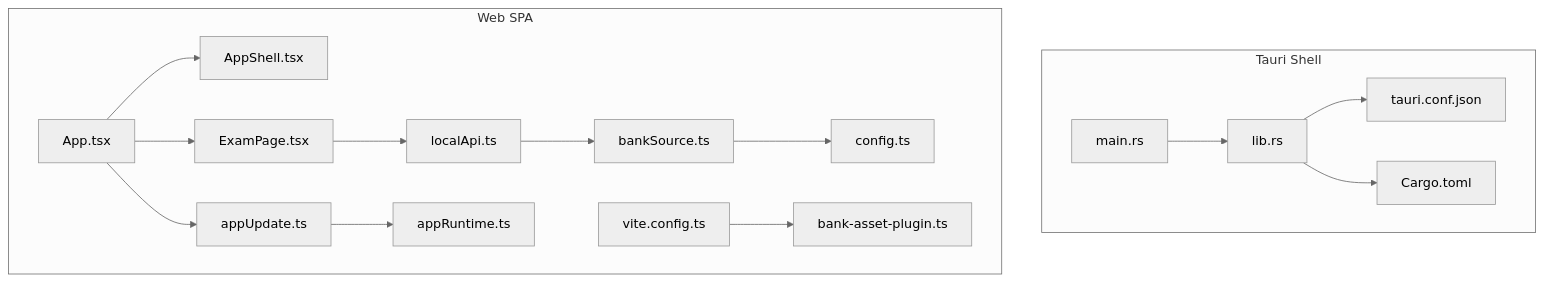
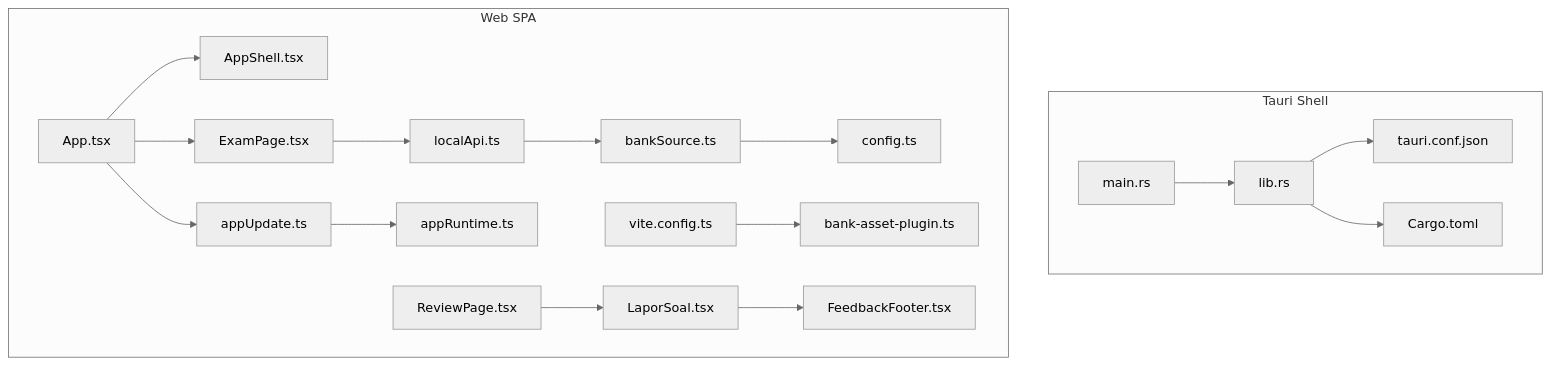
One commit to muhammadhabibullah/tbs-lpdp changed the first of 8 diagrams in .qoder/repowiki/en/content/Architecture Overview/Offline App Architecture/Offline App Architecture.md. Above: the diagram before and after it, drawn with Mermaid (neutral theme). The commit also changed other lines of this file and 88 other files, not shown here.

````diff
--- a/.qoder/repowiki/en/content/Architecture Overview/Offline App Architecture/Offline App Architecture.md
+++ b/.qoder/repowiki/en/content/Architecture Overview/Offline App Architecture/Offline App Architecture.md
@@ -43,32 +56,37 @@
 ```mermaid
 graph TB
 subgraph "Tauri Shell"
 RUST_MAIN["main.rs"]
 RUST_LIB["lib.rs"]
 TAURI_CONF["tauri.conf.json"]
 CARGO["Cargo.toml"]
 end
 subgraph "Web SPA"
 APP_TSX["App.tsx"]
 EXAM_PAGE["ExamPage.tsx"]
 APP_SHELL["AppShell.tsx"]
 BANK_SRC["bankSource.ts"]
 LOCAL_API["localApi.ts"]
 UPDATE["appUpdate.ts"]
 RUNTIME["appRuntime.ts"]
 CONFIG["config.ts"]
 VITE_CFG["vite.config.ts"]
 BANK_PLUGIN["bank-asset-plugin.ts"]
+LAPOR_SOAL["LaporSoal.tsx"]
+REVIEW_PAGE["ReviewPage.tsx"]
+FEEDBACK["FeedbackFooter.tsx"]
 end
 RUST_MAIN --> RUST_LIB
 RUST_LIB --> TAURI_CONF
 RUST_LIB --> CARGO
 APP_TSX --> APP_SHELL
 APP_TSX --> EXAM_PAGE
 APP_TSX --> UPDATE
 EXAM_PAGE --> LOCAL_API
 LOCAL_API --> BANK_SRC
 UPDATE --> RUNTIME
 BANK_SRC --> CONFIG
 VITE_CFG --> BANK_PLUGIN
+LAPOR_SOAL --> FEEDBACK
+REVIEW_PAGE --> LAPOR_SOAL
 ```
````
